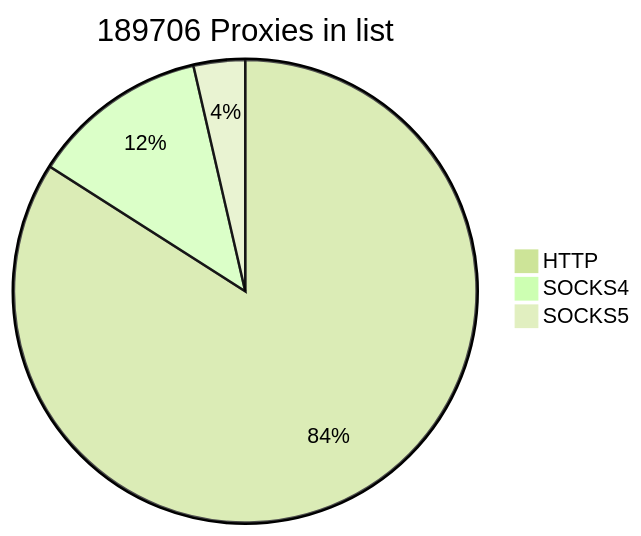
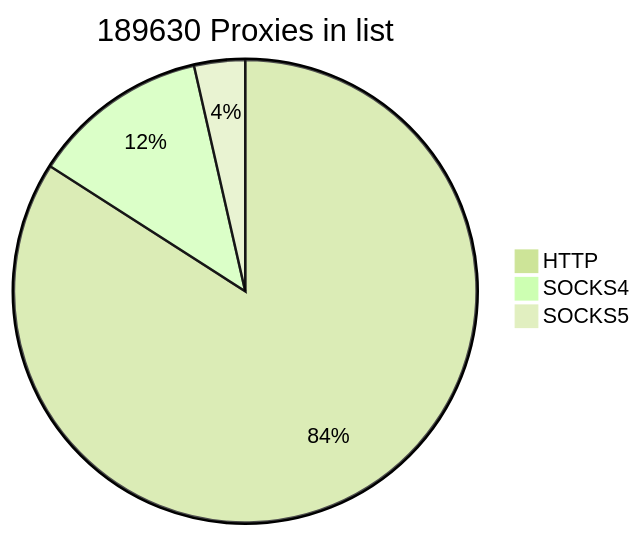
The first of 2 diagrams in README.md (cutipu/proxylist), drawn with Mermaid (forest theme) before and after one commit. The commit also changed other lines of this file, not shown here.

````diff
--- a/README.md
+++ b/README.md
@@ -2,7 +2,7 @@
 ```mermaid
-pie title 189706 Proxies in list
-    "HTTP" : 159426
+pie title 189630 Proxies in list
+    "HTTP" : 159428
     "SOCKS4" : 23457
-    "SOCKS5" : 6823
+    "SOCKS5" : 6745
             
 ```
````
